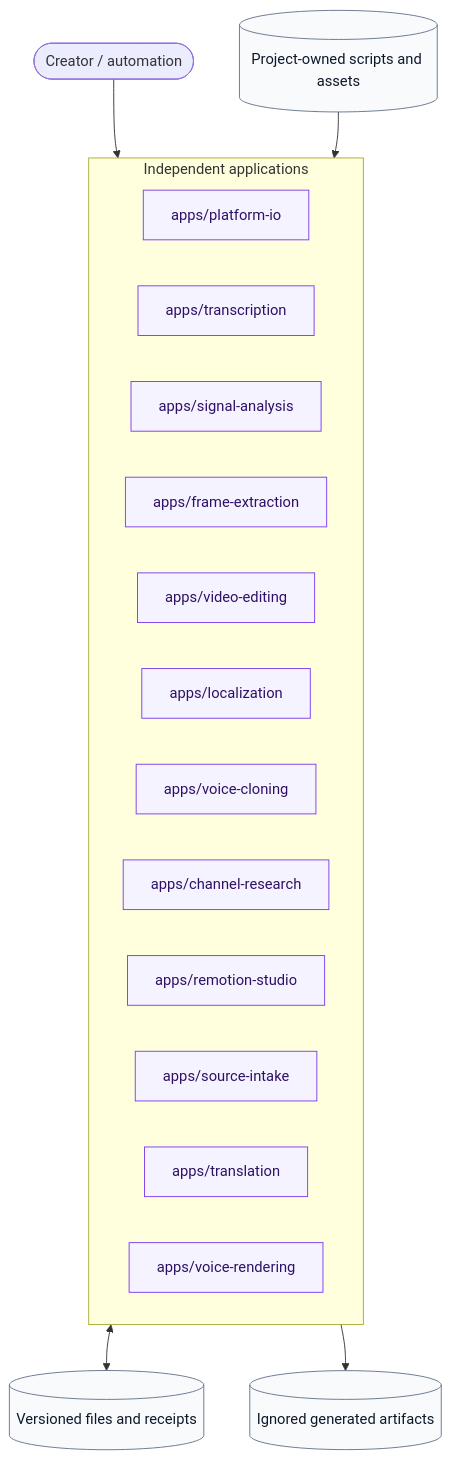
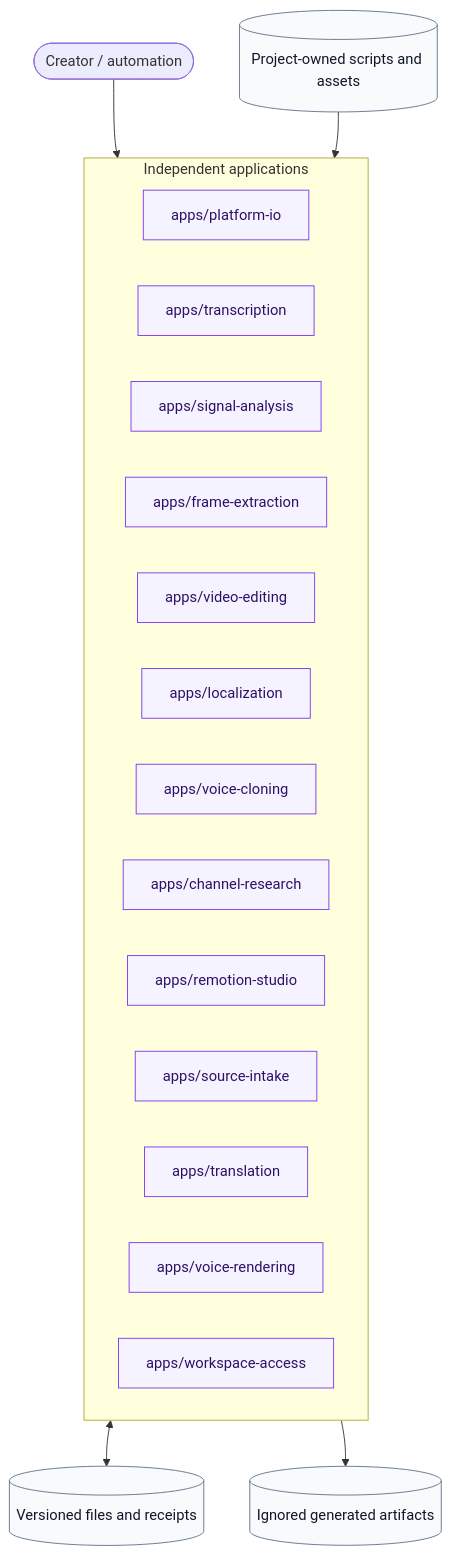
Before and after one commit to wohuishuo/cc-video-pipeline: the second of 2 diagrams in README.md, drawn with Mermaid. The commit also changed other lines of this file and 28 other files, not shown here.

Commit message:
feat: add independent workspace access MVP

````diff
--- a/README.md
+++ b/README.md
@@ -74,31 +75,32 @@
 ```mermaid
 flowchart TB
     user([Creator / automation])
     subgraph apps[Independent applications]
       A[apps/platform-io]
       B[apps/transcription]
       C[apps/signal-analysis]
       D[apps/frame-extraction]
       E[apps/video-editing]
       F[apps/localization]
       G[apps/voice-cloning]
       H[apps/channel-research]
       I[apps/remotion-studio]
       J[apps/source-intake]
       K[apps/translation]
       L[apps/voice-rendering]
+      M[apps/workspace-access]
     end
     contracts[(Versioned files and receipts)]
     projects[(Project-owned scripts and assets)]
     outputs[(Ignored generated artifacts)]
 
     user --> apps
     apps <--> contracts
     projects --> apps
     apps --> outputs
 
     classDef boundary fill:#f5f3ff,stroke:#7c3aed,color:#2e1065;
     classDef data fill:#f8fafc,stroke:#64748b,color:#0f172a;
-    class A,B,C,D,E,F,G,H,I,J,K,L boundary;
+    class A,B,C,D,E,F,G,H,I,J,K,L,M boundary;
     class contracts,projects,outputs data;
 ```
````
